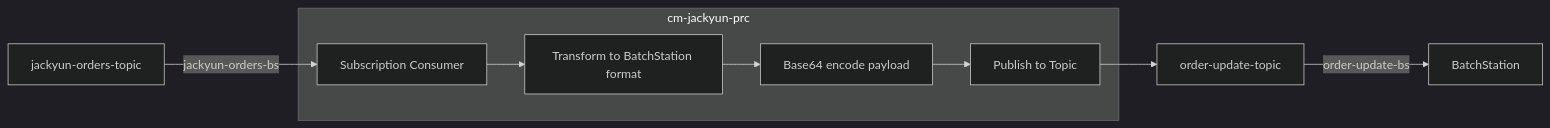
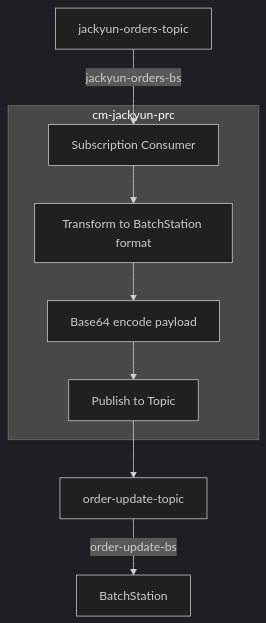
Before and after one commit to PopSockets/docs: the second of 2 diagrams in jackyun/camel-integrations.mdx, drawn with Mermaid (dark theme).

Commit message:
Change Job 2 flowchart to vertical layout (TB)

````diff
--- a/jackyun/camel-integrations.mdx
+++ b/jackyun/camel-integrations.mdx
@@ -238,12 +238,13 @@
 ```mermaid
-flowchart LR
+flowchart TB
+    E[jackyun-orders-topic] -->|jackyun-orders-bs| A
+
     subgraph PRC["cm-jackyun-prc"]
         A[Subscription Consumer] --> B[Transform to BatchStation format]
         B --> C[Base64 encode payload]
         C --> D[Publish to Topic]
     end
 
-    E[jackyun-orders-topic] -->|jackyun-orders-bs| A
     D --> F[order-update-topic]
     F -->|order-update-bs| G[BatchStation]
 ```
````
